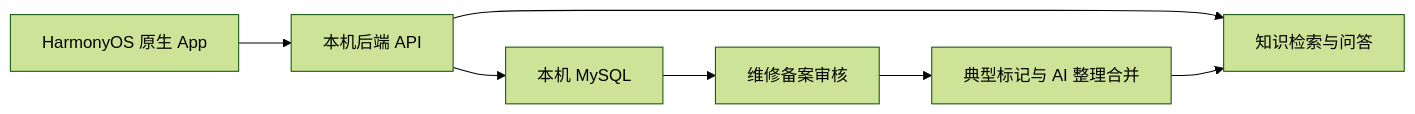
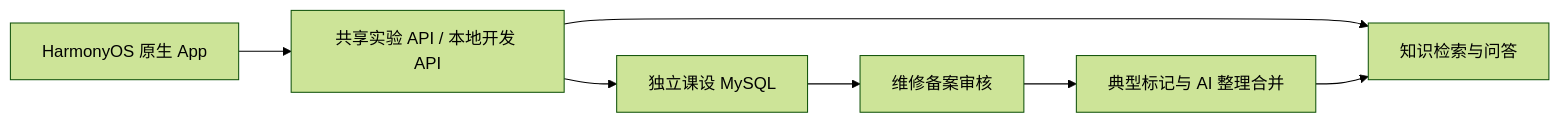
Before and after one commit to Sek1ro-oka/zafu-pchospital-harmonyos: the diagram in docs/development-plan.md, drawn with Mermaid (forest theme). The commit also changed other lines of this file and 38 other files, not shown here.

````diff
--- a/docs/development-plan.md
+++ b/docs/development-plan.md
@@ -48,9 +48,9 @@
 ```mermaid
 flowchart LR
-  App[HarmonyOS 原生 App] --> API[本机后端 API]
-  API --> DB[本机 MySQL]
+  App[HarmonyOS 原生 App] --> API[共享实验 API / 本地开发 API]
+  API --> DB[独立课设 MySQL]
   API --> AI[知识检索与问答]
   DB --> Review[维修备案审核]
   Review --> Typical[典型标记与 AI 整理合并]
   Typical --> AI
 ```
````
